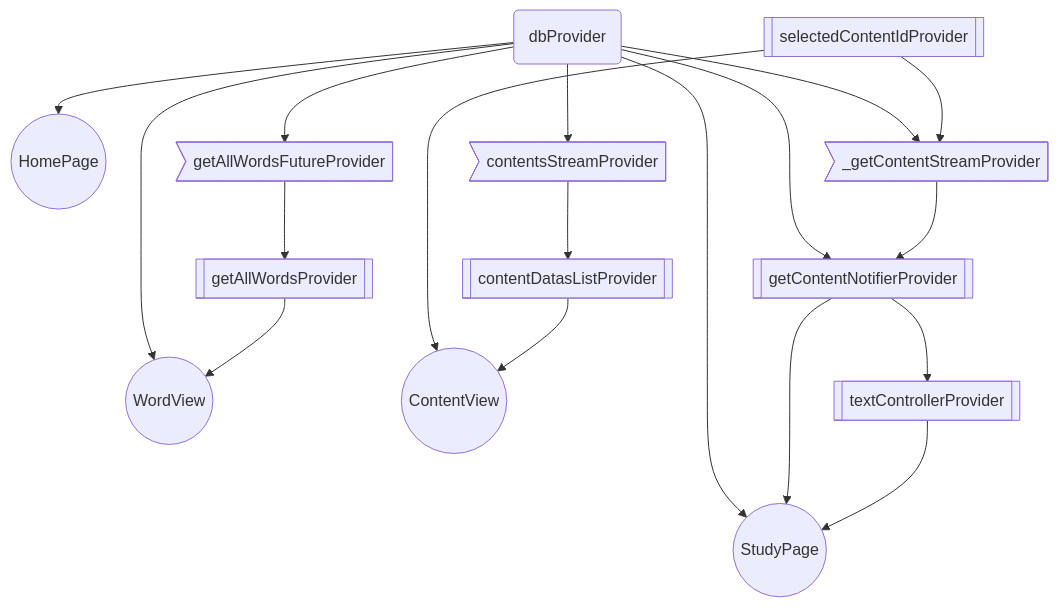
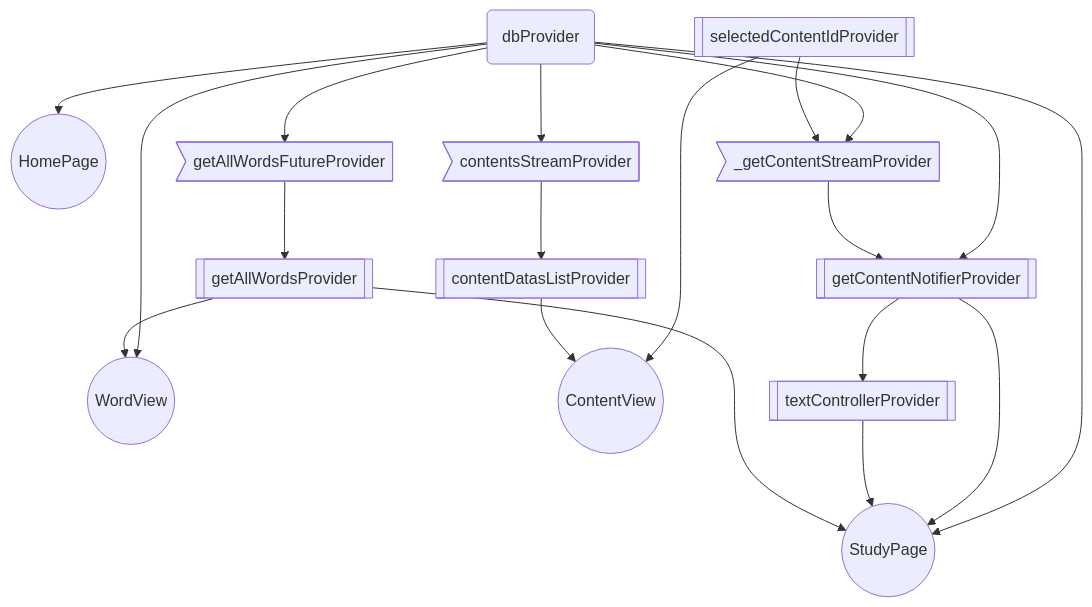
One commit to hpn33/landlearn changed the diagram in riverpod_diagram.md. Above: the diagram before and after it, drawn with Mermaid. The commit also changed 9 other files, not shown here.

````diff
--- a/riverpod_diagram.md
+++ b/riverpod_diagram.md
@@ -2,40 +2,41 @@
 ```mermaid
 graph TD;
 
 
 9(dbProvider) --> 2((HomePage)) ;
 
 
 
 9(dbProvider) --> 5((StudyPage)) ;
 12[[getContentNotifierProvider]] --> 5((StudyPage)) ;
 13[[textControllerProvider]] --> 5((StudyPage)) ;
+18[[getAllWordsProvider]] --> 5((StudyPage)) ;
 
 
 9(dbProvider) --> 7((WordView)) ;
 18[[getAllWordsProvider]] --> 7((WordView)) ;
 
 10[[selectedContentIdProvider]] --> 8((ContentView)) ;
 15[[contentDatasListProvider]] --> 8((ContentView)) ;
 
 
 
 9(dbProvider) --> 11>_getContentStreamProvider] ;
 10[[selectedContentIdProvider]] --> 11>_getContentStreamProvider] ;
 
 9(dbProvider) --> 12[[getContentNotifierProvider]] ;
 11>_getContentStreamProvider] --> 12[[getContentNotifierProvider]] ;
 
 12[[getContentNotifierProvider]] --> 13[[textControllerProvider]] ;
 
 9(dbProvider) --> 14>contentsStreamProvider] ;
 
 14>contentsStreamProvider] --> 15[[contentDatasListProvider]] ;
 
 
 9(dbProvider) --> 17>getAllWordsFutureProvider] ;
 
 17>getAllWordsFutureProvider] --> 18[[getAllWordsProvider]] ;
 
 
 ```
````
